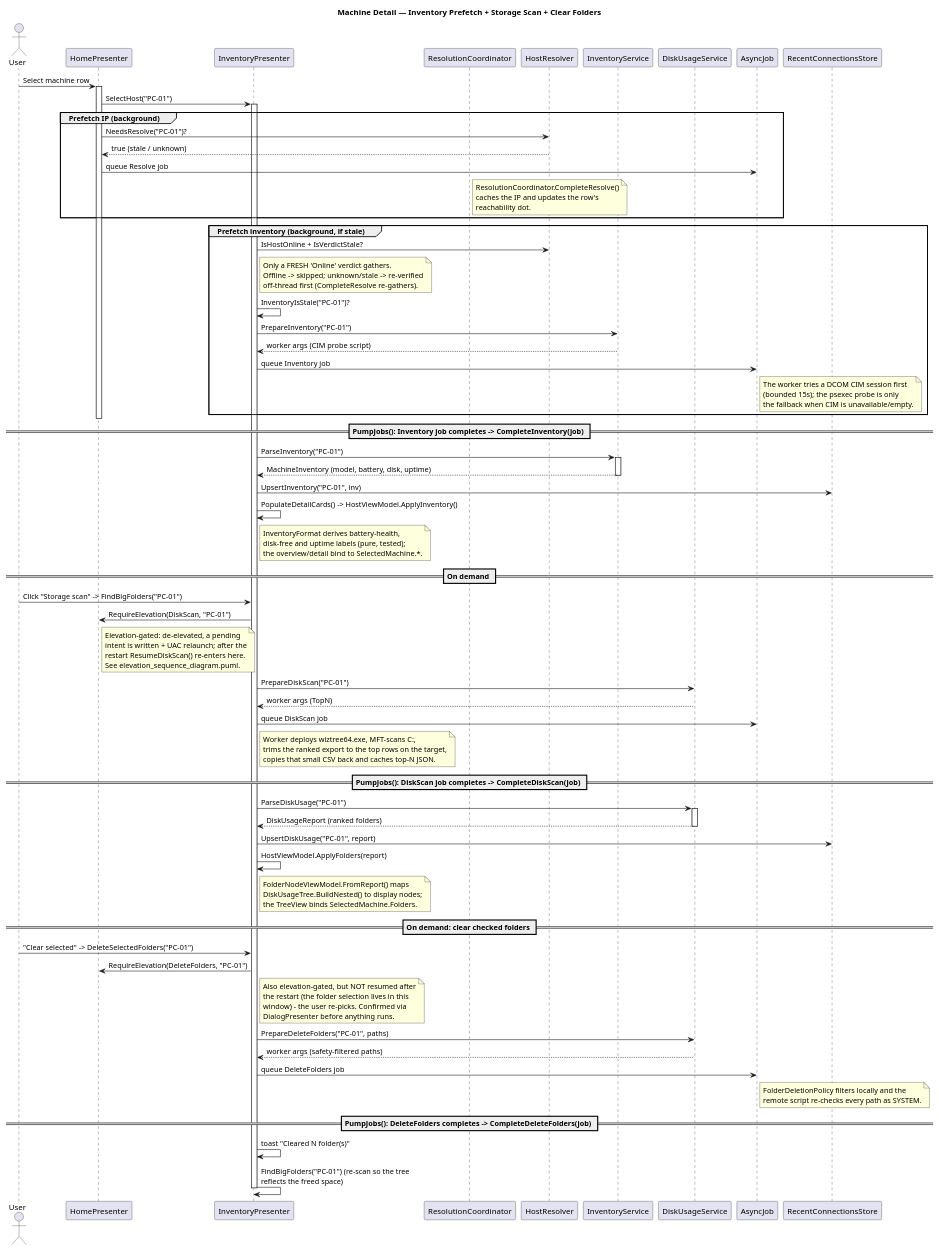
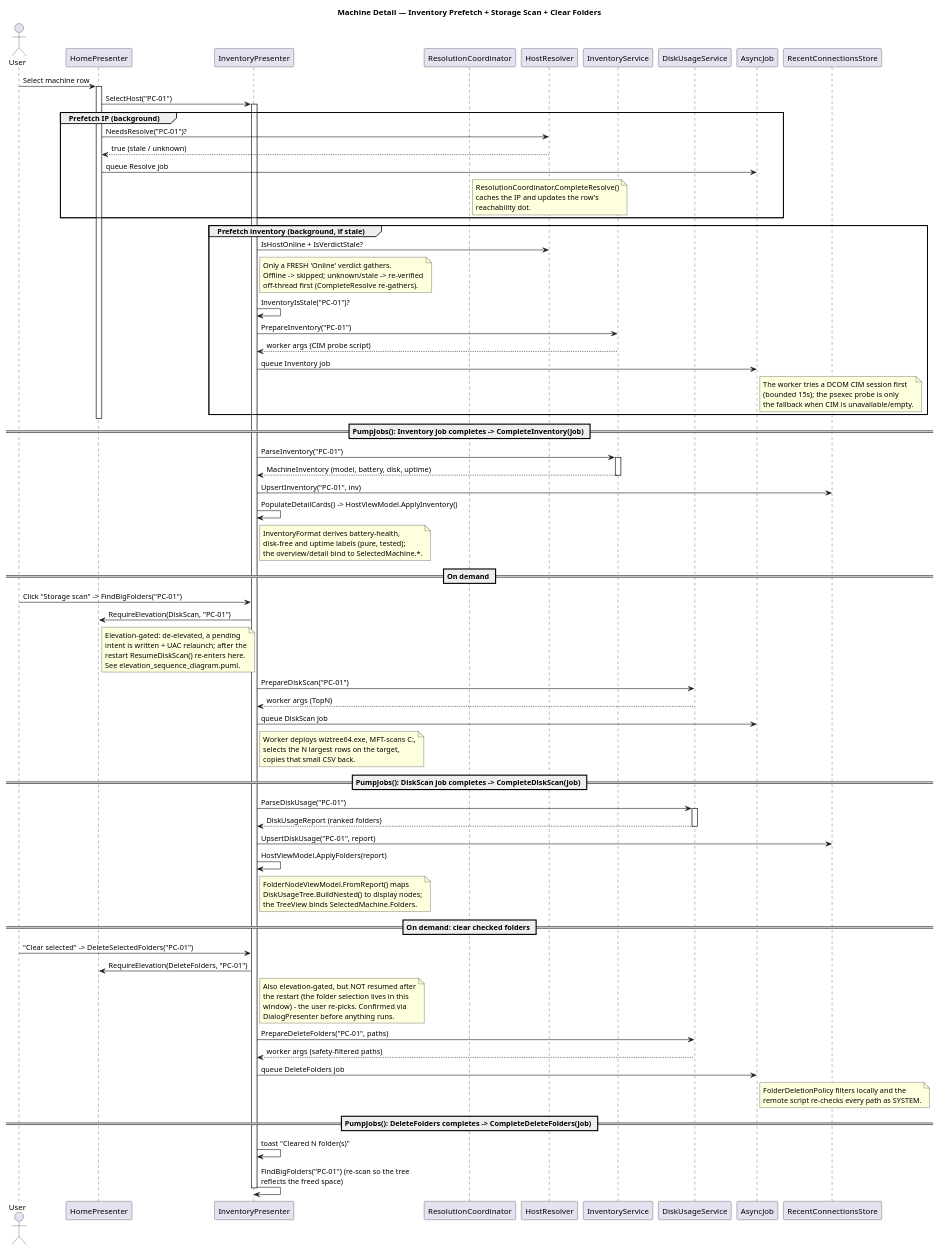
The diagram in docs/diagrams/inventory_sequence_diagram.puml (Danial-Changez/DONUT), drawn with PlantUML before and after one commit. The commit also changed 3 other files, not shown here.

```diff
--- a/docs/diagrams/inventory_sequence_diagram.puml
+++ b/docs/diagrams/inventory_sequence_diagram.puml
@@ -1,77 +1,77 @@
 @startuml inventory_sequence_diagram
 title Machine Detail — Inventory Prefetch + Storage Scan + Clear Folders
 
 actor User
 participant "HomePresenter" as Presenter
 participant "InventoryPresenter" as Detail
 participant "ResolutionCoordinator" as Coord
 participant "HostResolver" as Resolver
 participant "InventoryService" as Inv
 participant "DiskUsageService" as Disk
 participant "AsyncJob" as Job
 participant "RecentConnectionsStore" as Store
 
 User -> Presenter: Select machine row
 activate Presenter
 Presenter -> Detail: SelectHost("PC-01")
 activate Detail
 
 group Prefetch IP (background)
     Presenter -> Resolver: NeedsResolve("PC-01")?
     Resolver --> Presenter: true (stale / unknown)
     Presenter -> Job: queue Resolve job
     note right of Coord: ResolutionCoordinator.CompleteResolve()\ncaches the IP and updates the row's\nreachability dot.
 end
 
 group Prefetch inventory (background, if stale)
     Detail -> Resolver: IsHostOnline + IsVerdictStale?
     note right of Detail: Only a FRESH 'Online' verdict gathers.\nOffline -> skipped; unknown/stale -> re-verified\noff-thread first (CompleteResolve re-gathers).
     Detail -> Detail: InventoryIsStale("PC-01")?
     Detail -> Inv: PrepareInventory("PC-01")
     Inv --> Detail: worker args (CIM probe script)
     Detail -> Job: queue Inventory job
     note right of Job: The worker tries a DCOM CIM session first\n(bounded 15s); the psexec probe is only\nthe fallback when CIM is unavailable/empty.
 end
 deactivate Presenter
 
 == PumpJobs(): Inventory job completes -> CompleteInventory(job) ==
 Detail -> Inv: ParseInventory("PC-01")
 activate Inv
 Inv --> Detail: MachineInventory (model, battery, disk, uptime)
 deactivate Inv
 Detail -> Store: UpsertInventory("PC-01", inv)
 Detail -> Detail: PopulateDetailCards() -> HostViewModel.ApplyInventory()
 note right of Detail: InventoryFormat derives battery-health,\ndisk-free and uptime labels (pure, tested);\nthe overview/detail bind to SelectedMachine.*.
 
 == On demand ==
 User -> Detail: Click "Storage scan" -> FindBigFolders("PC-01")
 Detail -> Presenter: RequireElevation(DiskScan, "PC-01")
 note right of Presenter: Elevation-gated: de-elevated, a pending\nintent is written + UAC relaunch; after the\nrestart ResumeDiskScan() re-enters here.\nSee elevation_sequence_diagram.puml.
 Detail -> Disk: PrepareDiskScan("PC-01")
 Disk --> Detail: worker args (TopN)
 Detail -> Job: queue DiskScan job
-note right of Detail: Worker deploys wiztree64.exe, MFT-scans C:,\ntrims the ranked export to the top rows on the target,\ncopies that small CSV back and caches top-N JSON.
+note right of Detail: Worker deploys wiztree64.exe, MFT-scans C:,\nselects the N largest rows on the target,\ncopies that small CSV back.
 
 == PumpJobs(): DiskScan job completes -> CompleteDiskScan(job) ==
 Detail -> Disk: ParseDiskUsage("PC-01")
 activate Disk
 Disk --> Detail: DiskUsageReport (ranked folders)
 deactivate Disk
 Detail -> Store: UpsertDiskUsage("PC-01", report)
 Detail -> Detail: HostViewModel.ApplyFolders(report)
 note right of Detail: FolderNodeViewModel.FromReport() maps\nDiskUsageTree.BuildNested() to display nodes;\nthe TreeView binds SelectedMachine.Folders.
 
 == On demand: clear checked folders ==
 User -> Detail: "Clear selected" -> DeleteSelectedFolders("PC-01")
 Detail -> Presenter: RequireElevation(DeleteFolders, "PC-01")
 note right of Detail: Also elevation-gated, but NOT resumed after\nthe restart (the folder selection lives in this\nwindow) - the user re-picks. Confirmed via\nDialogPresenter before anything runs.
 Detail -> Disk: PrepareDeleteFolders("PC-01", paths)
 Disk --> Detail: worker args (safety-filtered paths)
 Detail -> Job: queue DeleteFolders job
 note right of Job: FolderDeletionPolicy filters locally and the\nremote script re-checks every path as SYSTEM.
 
 == PumpJobs(): DeleteFolders completes -> CompleteDeleteFolders(job) ==
 Detail -> Detail: toast "Cleared N folder(s)"
 Detail -> Detail: FindBigFolders("PC-01") (re-scan so the tree\nreflects the freed space)
 deactivate Detail
 @enduml
```
